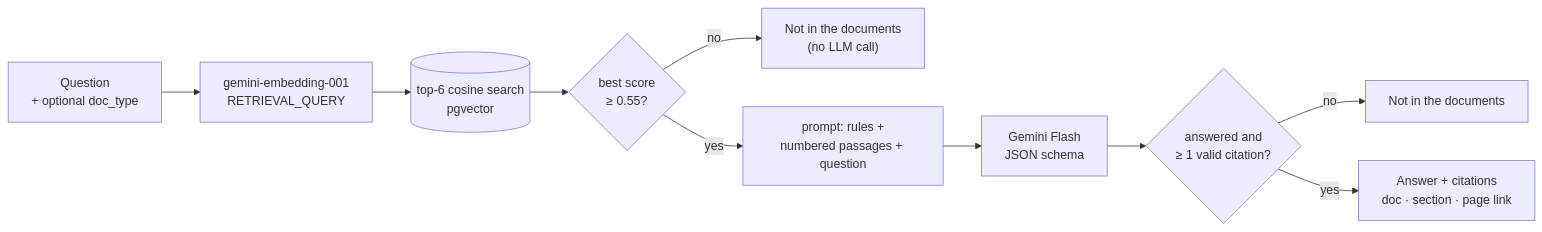
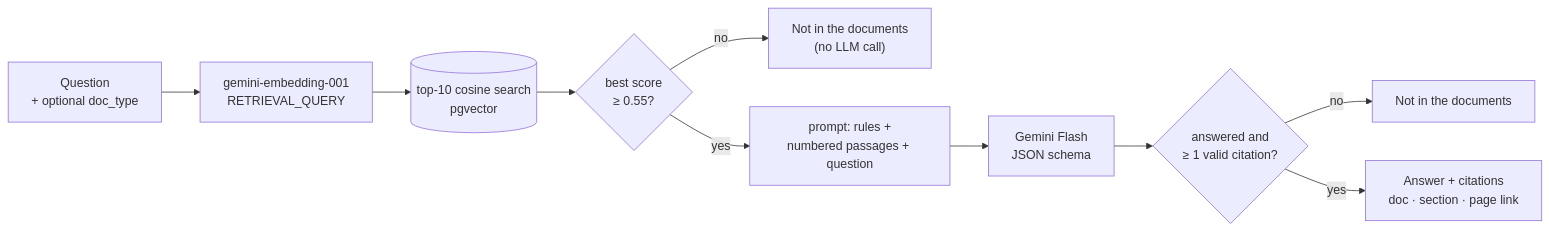
One commit to hanswys/taxpod-crm-ai changed the fourth of 4 diagrams in ARCHITECTURE.md. Above: the diagram before and after it, drawn with Mermaid. The commit also changed other lines of this file and 16 other files, not shown here.

````diff
--- a/ARCHITECTURE.md
+++ b/ARCHITECTURE.md
@@ -243,12 +243,12 @@
 ```mermaid
 flowchart LR
   Q["Question<br/>+ optional doc_type"] --> E["gemini-embedding-001<br/>RETRIEVAL_QUERY"]
-  E --> S[("top-6 cosine search<br/>pgvector")]
+  E --> S[("top-10 cosine search<br/>pgvector")]
   S --> F{"best score<br/>≥ 0.55?"}
   F -- no --> NF["Not in the documents<br/>(no LLM call)"]
   F -- yes --> P["prompt: rules +<br/>numbered passages + question"]
   P --> G["Gemini Flash<br/>JSON schema"]
   G --> C{"answered and<br/>≥ 1 valid citation?"}
   C -- no --> NF2["Not in the documents"]
   C -- yes --> A["Answer + citations<br/>doc · section · page link"]
 ```
````
